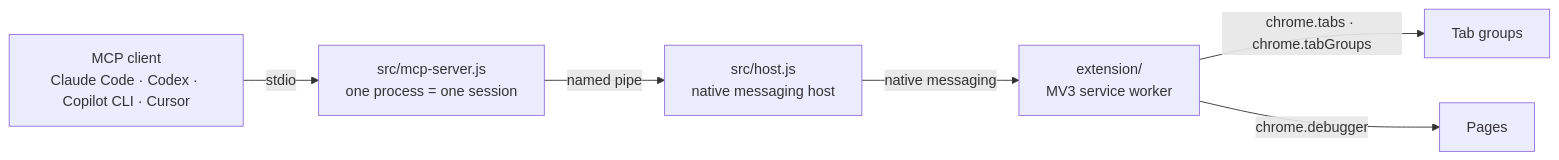
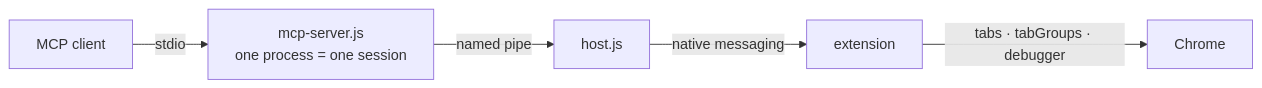
The diagram in README.md (shaojunying/tabdeck), drawn with Mermaid before and after one commit. The commit also changed other lines of this file and 1 other file, not shown here.

Commit message:
README: trim to the essentials, same style; Chinese version mirrors the English one

````diff
--- a/README.md
+++ b/README.md
@@ -142,8 +111,7 @@
 ```mermaid
 flowchart LR
-    A["MCP client<br/>Claude Code · Codex · Copilot CLI · Cursor"] -- stdio --> B["src/mcp-server.js<br/>one process = one session"]
-    B -- named pipe --> C["src/host.js<br/>native messaging host"]
-    C -- native messaging --> D["extension/<br/>MV3 service worker"]
-    D -- "chrome.tabs · chrome.tabGroups" --> E["Tab groups"]
-    D -- chrome.debugger --> F["Pages"]
+    A["MCP client"] -- stdio --> B["mcp-server.js<br/>one process = one session"]
+    B -- named pipe --> C["host.js"]
+    C -- native messaging --> D["extension"]
+    D -- "tabs · tabGroups · debugger" --> E["Chrome"]
 ```
````
